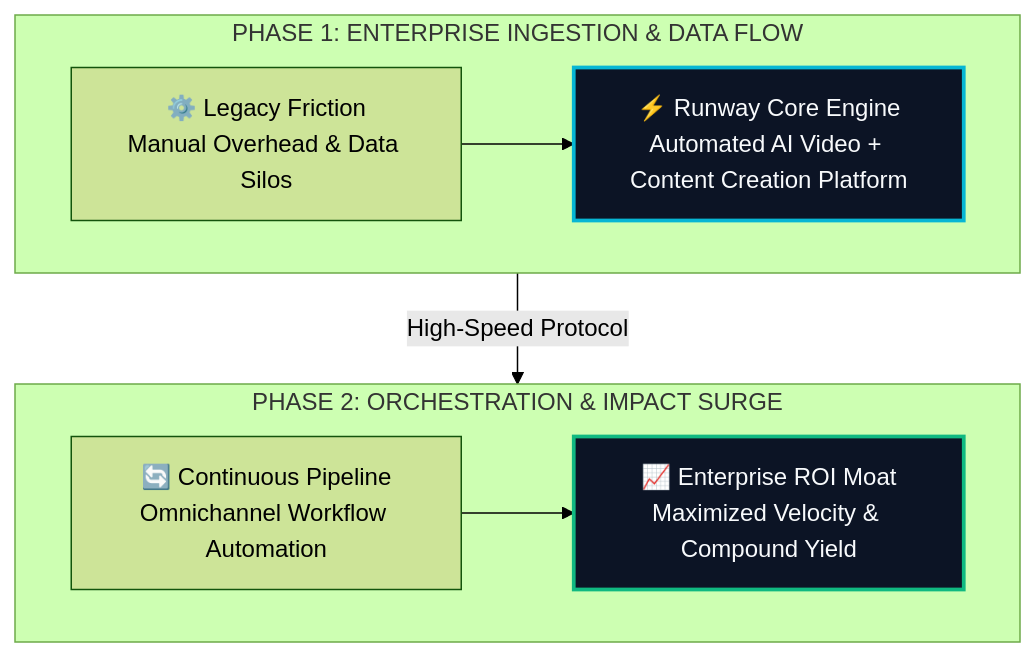
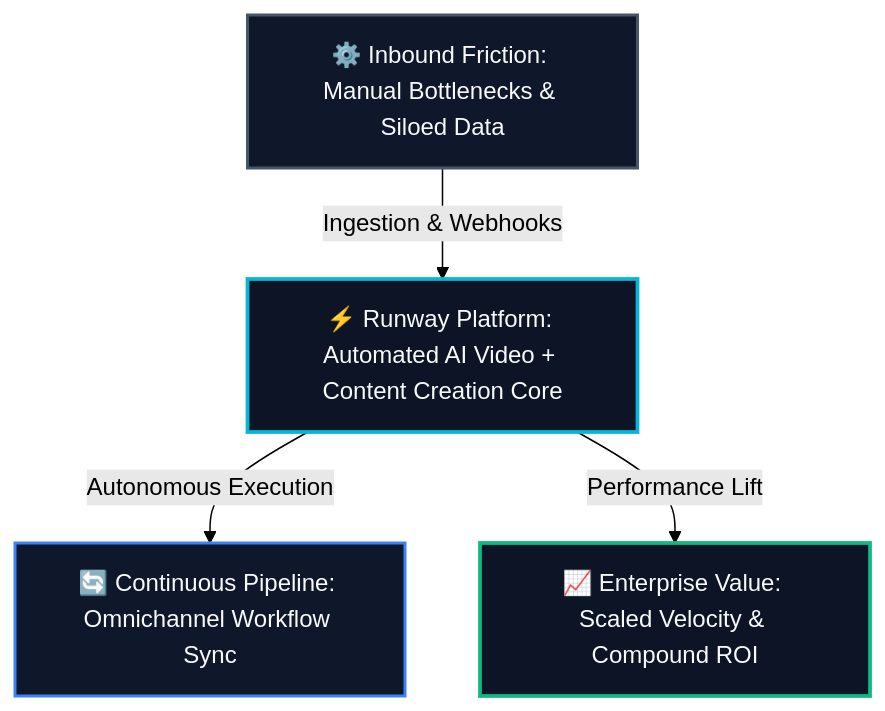
One commit to heliatech-media/saas-radar changed the diagram in site/src/content/blog/runway-evolution-guide-2026.md. Above: the diagram before and after it, drawn with Mermaid (forest theme). The commit also changed 93 other files, not shown here.

First line of the commit message:
fix(diagrams): resolve dagre-d3 subgraph collision by migrating to balanced 3-tier Hub & Spoke architecture

````diff
--- a/site/src/content/blog/runway-evolution-guide-2026.md
+++ b/site/src/content/blog/runway-evolution-guide-2026.md
@@ -52,14 +52,14 @@
 ```mermaid
 flowchart TD
-    subgraph S1["PHASE 1: ENTERPRISE INGESTION & DATA FLOW"]
-        direction LR
-        A["⚙️ Legacy Friction<br/>Manual Overhead & Data Silos"] --> B["⚡ Runway Core Engine<br/>Automated AI Video + Content Creation Platform"]
-    end
-    subgraph S2["PHASE 2: ORCHESTRATION & IMPACT SURGE"]
-        direction LR
-        C["🔄 Continuous Pipeline<br/>Omnichannel Workflow Automation"] --> D["📈 Enterprise ROI Moat<br/>Maximized Velocity & Compound Yield"]
-    end
-    S1 -->|High-Speed Protocol| S2
-    style B fill:#0c1425,stroke:#06b6d4,stroke-width:2.5px,color:#f8fafc
-    style D fill:#0c1425,stroke:#10b981,stroke-width:2.5px,color:#f8fafc
+    Inp["⚙️ Inbound Friction: Manual Bottlenecks & Siloed Data"]
+    Eng["⚡ Runway Platform: Automated AI Video + Content Creation Core"]
+    Out1["🔄 Continuous Pipeline: Omnichannel Workflow Sync"]
+    Out2["📈 Enterprise Value: Scaled Velocity & Compound ROI"]
+    Inp -->|Ingestion & Webhooks| Eng
+    Eng -->|Autonomous Execution| Out1
+    Eng -->|Performance Lift| Out2
+    style Inp fill:#0f172a,stroke:#475569,stroke-width:2px,color:#f8fafc
+    style Eng fill:#0c1425,stroke:#06b6d4,stroke-width:2.5px,color:#f8fafc
+    style Out1 fill:#0f172a,stroke:#3b82f6,stroke-width:2px,color:#f8fafc
+    style Out2 fill:#0c1425,stroke:#10b981,stroke-width:2.5px,color:#f8fafc
 ```
````
